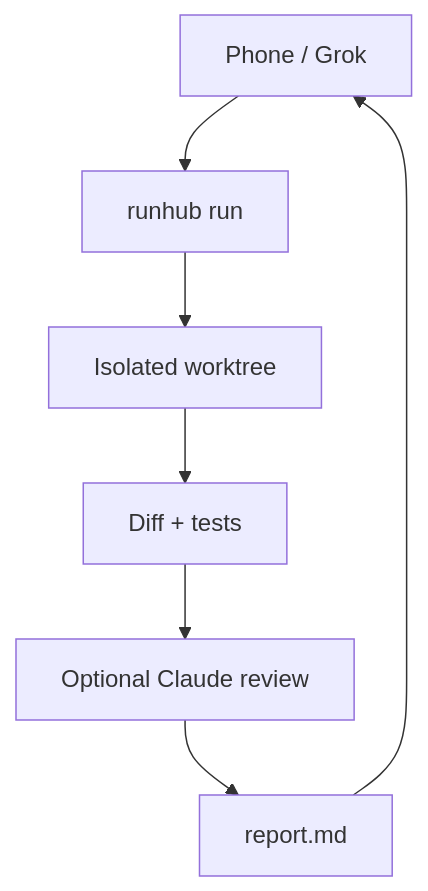
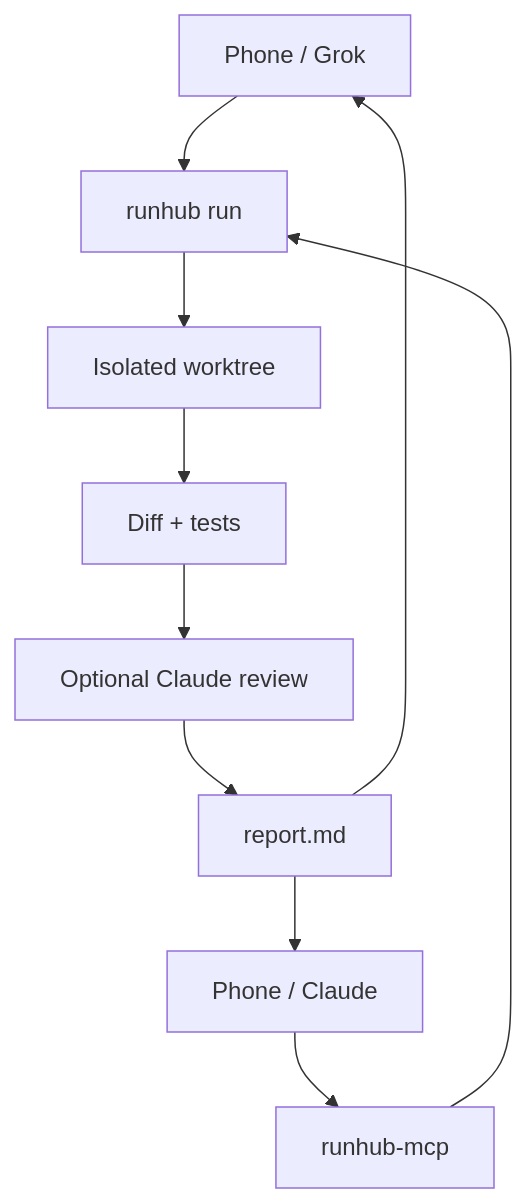
The diagram in README.md (0jrm/runhub), drawn with Mermaid before and after one commit. The commit also changed other lines of this file and 3 other files, not shown here.

First line of the commit message:
docs: v1.0.0 sprint close — claude door, model-resolve, report fence

````diff
--- a/README.md
+++ b/README.md
@@ -5,9 +5,12 @@
 ```mermaid
 flowchart TD
-  phone["Phone / Grok"] --> cli["runhub run"]
+  grok["Phone / Grok"] --> cli["runhub run"]
+  door["Phone / Claude"] --> mcp["runhub-mcp"]
+  mcp --> cli
   cli --> wt["Isolated worktree"]
   wt --> verify["Diff + tests"]
   verify --> review["Optional Claude review"]
   review --> report["report.md"]
-  report --> phone
+  report --> grok
+  report --> door
 ```
````
